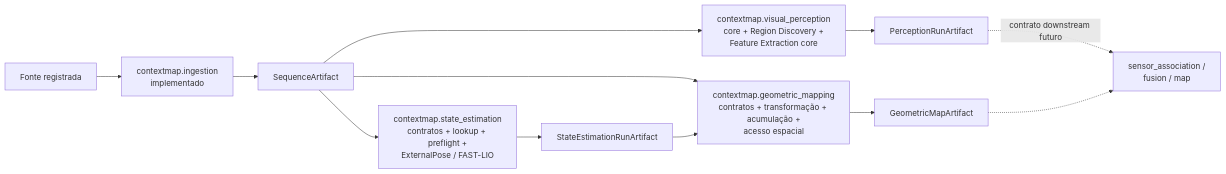
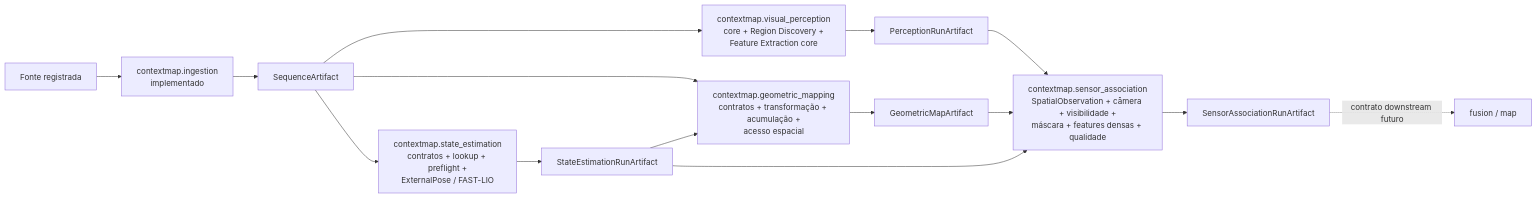
Before and after one commit to Alexandre-Tortoza/contextmap2: the third of 7 diagrams in docs/architecture.md, drawn with Mermaid. The commit also changed other lines of this file and 6 other files, not shown here.

First line of the commit message:
docs(sensor-association): integrate the milestone into the global documentation

````diff
--- a/docs/architecture.md
+++ b/docs/architecture.md
@@ -116,14 +116,17 @@
 ```mermaid
 flowchart LR
     SRC["Fonte registrada"] --> ING["contextmap.ingestion<br/>implementado"]
     ING --> SA["SequenceArtifact"]
     SA --> VP["contextmap.visual_perception<br/>core + Region Discovery +<br/>Feature Extraction core"]
     VP --> PRA["PerceptionRunArtifact"]
     SA --> ST["contextmap.state_estimation<br/>contratos + lookup + preflight +<br/>ExternalPose / FAST-LIO"]
     ST --> TRA["StateEstimationRunArtifact"]
     SA --> GM["contextmap.geometric_mapping<br/>contratos + transformação + acumulação +<br/>acesso espacial"]
     TRA --> GM
     GM --> MAPA["GeometricMapArtifact"]
-    PRA -. contrato downstream futuro .-> NEXT["sensor_association /<br/>fusion / map"]
-    MAPA -.-> NEXT
+    PRA --> SEN["contextmap.sensor_association<br/>SpatialObservation + câmera + visibilidade +<br/>máscara + features densas + qualidade"]
+    MAPA --> SEN
+    TRA --> SEN
+    SEN --> ASA["SensorAssociationRunArtifact"]
+    ASA -. contrato downstream futuro .-> NEXT["fusion / map"]
 ```
````
